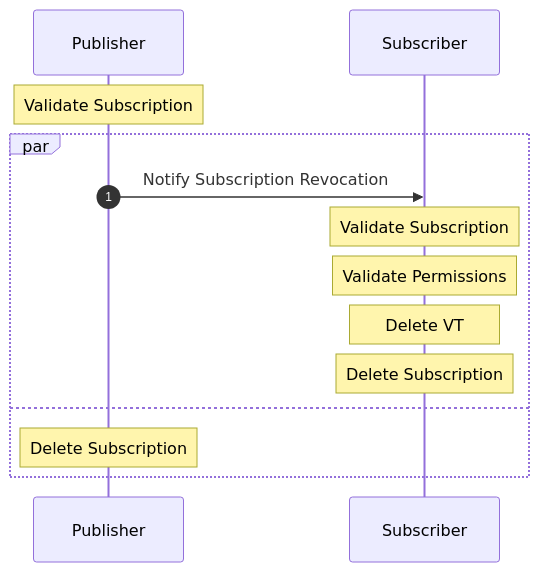
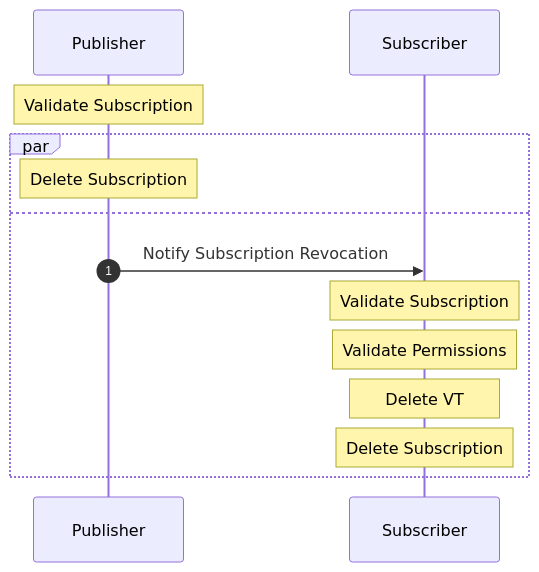
One commit to nathan-fiscaletti/coattail changed the third of 3 diagrams in docs/subscription.md. Above: the diagram before and after it, drawn with Mermaid. The commit also changed other lines of this file, not shown here.

````diff
--- a/docs/subscription.md
+++ b/docs/subscription.md
@@ -47,19 +47,19 @@
 ```mermaid
 sequenceDiagram
     autonumber
 
     participant Publisher
     participant Subscriber
 
     Note over Publisher: Validate Subscription
 
     par
+        Note over Publisher: Delete Subscription
+    and
         Publisher ->> Subscriber: Notify Subscription Revocation
         Note over Subscriber: Validate Subscription
         Note over Subscriber: Validate Permissions
         Note over Subscriber: Delete VT
         Note over Subscriber: Delete Subscription
-    and
-        Note over Publisher: Delete Subscription
     end
 ```
````
